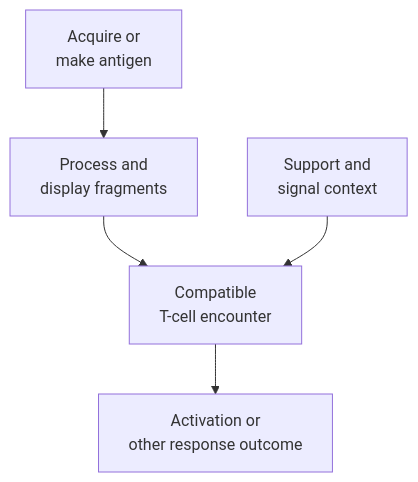
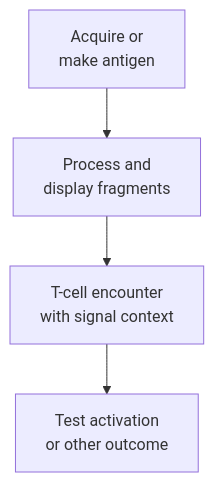
One commit to jasonLaster/oncoguide changed the diagram in wiki/education/concepts/immunology/innate-and-unconventional-cells/dendritic-cells.md. Above: the diagram before and after it, drawn with Mermaid. The commit also changed other lines of this file and 66 other files, not shown here.

````diff
--- a/wiki/education/concepts/immunology/innate-and-unconventional-cells/dendritic-cells.md
+++ b/wiki/education/concepts/immunology/innate-and-unconventional-cells/dendritic-cells.md
@@ -42,7 +54,6 @@
 ```mermaid
 flowchart TD
   A["Acquire or<br/>make antigen"] --> B["Process and<br/>display fragments"]
-  B --> C["Compatible<br/>T-cell encounter"]
-  D["Support and<br/>signal context"] --> C
-  C --> E["Activation or<br/>other response outcome"]
+  B --> C["T-cell encounter<br/>with signal context"]
+  C --> D["Test activation<br/>or other outcome"]
 ```
````
